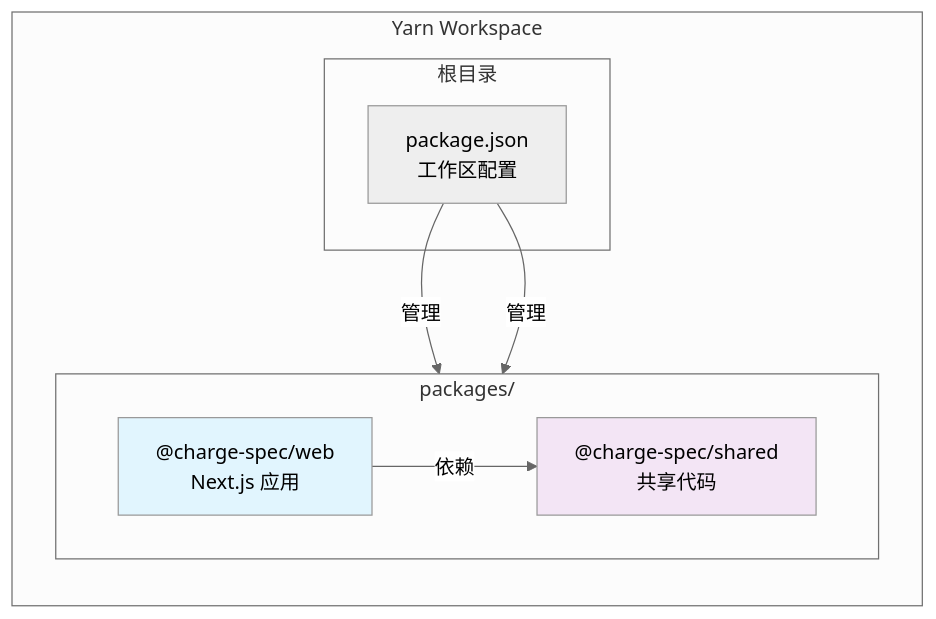
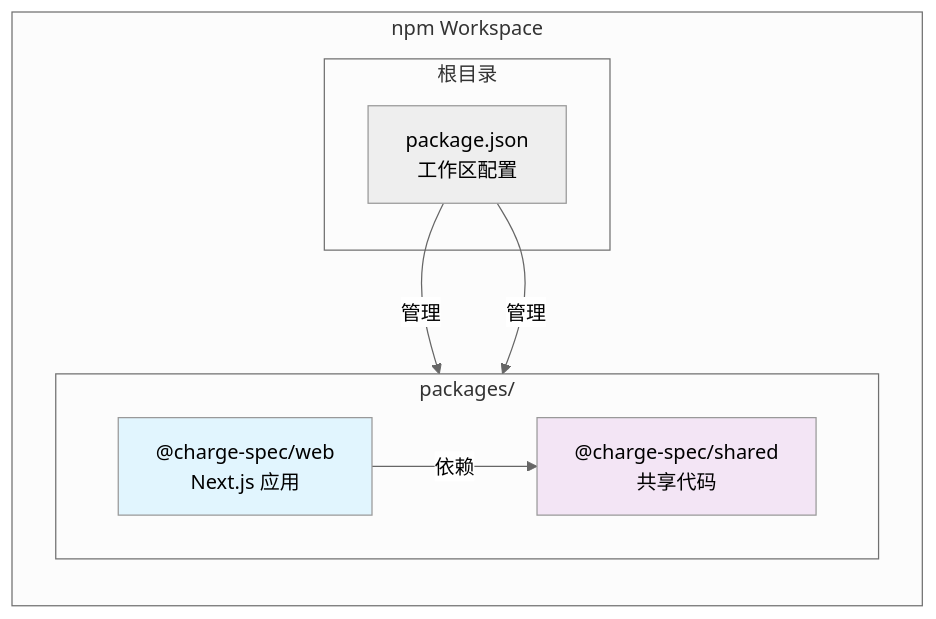
Before and after one commit to melchior-voidwolf/charge-spec: the second of 4 diagrams in README.md, drawn with Mermaid (neutral theme). The commit also changed other lines of this file and 8 other files, not shown here.

````diff
--- a/README.md
+++ b/README.md
@@ -77,24 +71,24 @@
 ```mermaid
 flowchart LR
-    subgraph Workspace["Yarn Workspace"]
+    subgraph Workspace["npm Workspace"]
         direction TB
 
         subgraph Root["根目录"]
             RootPkg["package.json<br/>工作区配置"]
         end
 
         subgraph Packages["packages/"]
             direction LR
 
             WebPkg["@charge-spec/web<br/>Next.js 应用"]
             SharedPkg["@charge-spec/shared<br/>共享代码"]
         end
     end
 
     WebPkg -->|依赖| SharedPkg
     RootPkg -->|管理| WebPkg
     RootPkg -->|管理| SharedPkg
 
     style WebPkg fill:#e1f5fe
     style SharedPkg fill:#f3e5f5
 ```
````
